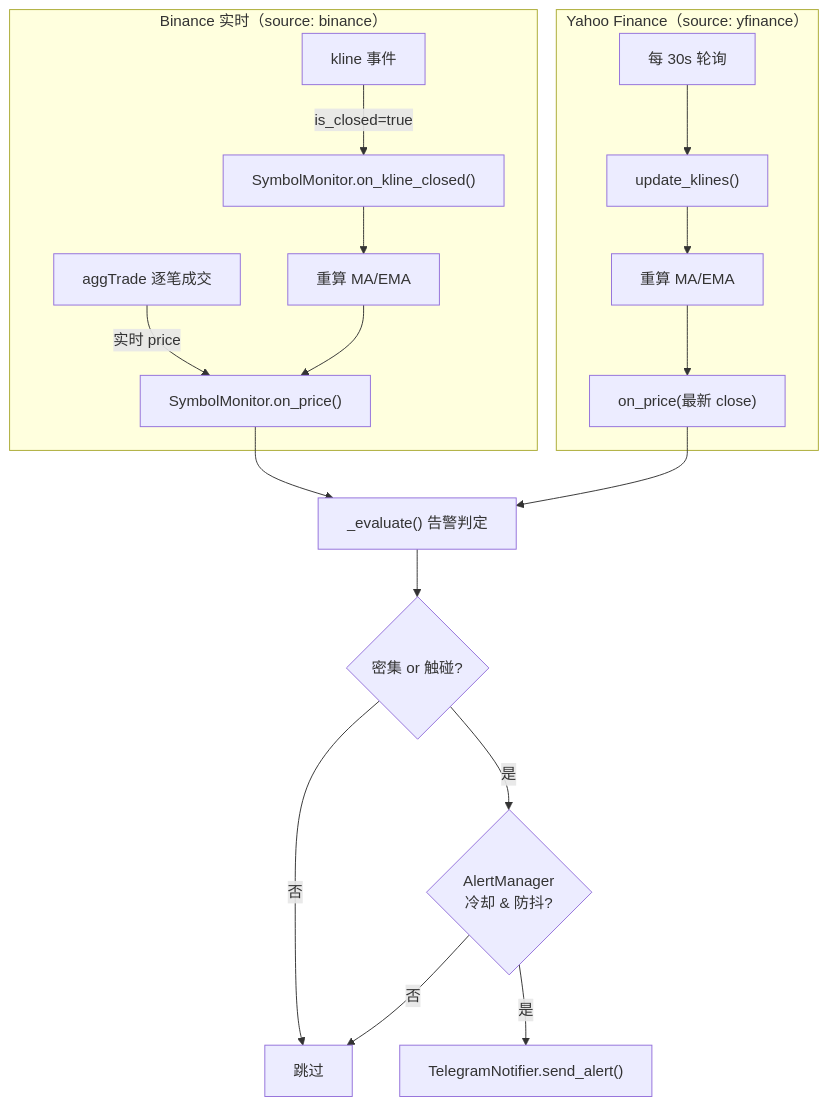
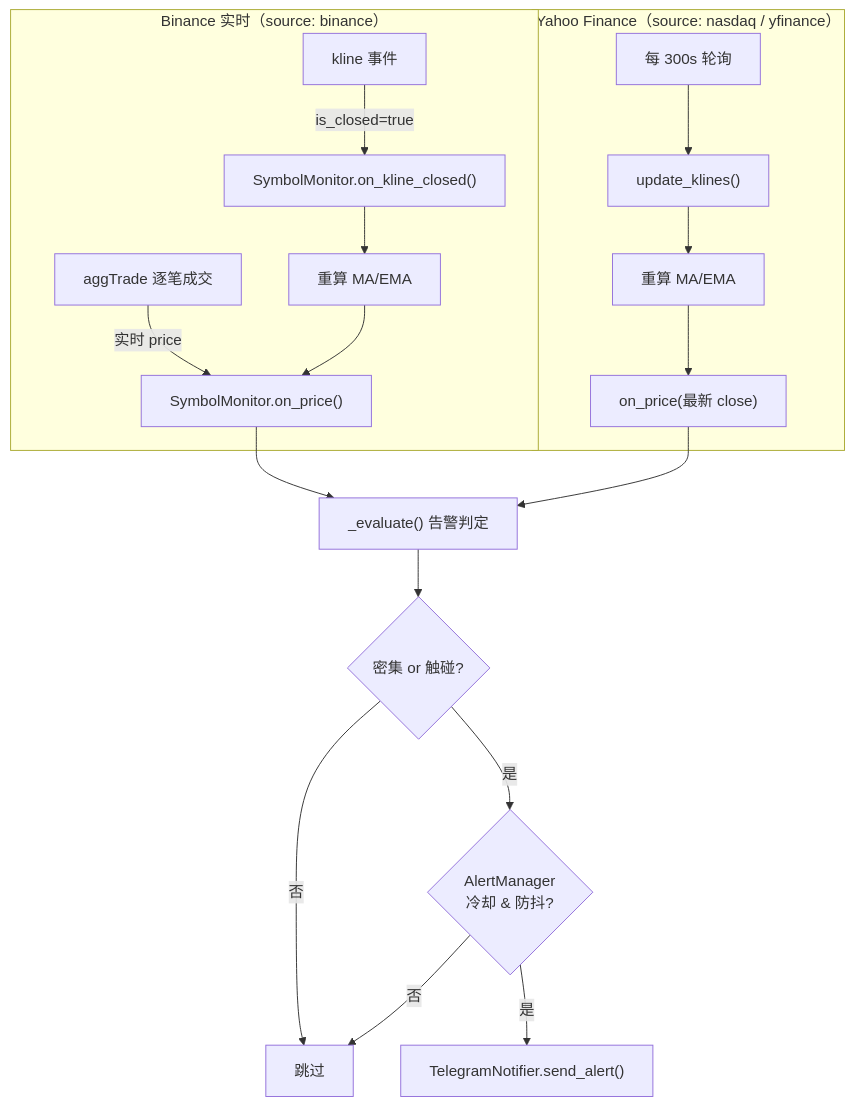
The third of 5 diagrams in readme.md (Formyselfonly/invest-alert-bot), drawn with Mermaid before and after one commit. The commit also changed other lines of this file and 14 other files, not shown here.

````diff
--- a/readme.md
+++ b/readme.md
@@ -174,24 +198,24 @@
 ```mermaid
 flowchart TB
     subgraph Binance["Binance 实时（source: binance）"]
         WS1["aggTrade 逐笔成交"] -->|实时 price| P["SymbolMonitor.on_price()"]
         WS2["kline 事件"] -->|is_closed=true| K["SymbolMonitor.on_kline_closed()"]
         K --> R["重算 MA/EMA"]
         R --> P
     end
 
-    subgraph Yahoo["Yahoo Finance（source: yfinance）"]
-        POLL["每 30s 轮询"] --> U["update_klines()"]
+    subgraph Yahoo["Yahoo Finance（source: nasdaq / yfinance）"]
+        POLL["每 300s 轮询"] --> U["update_klines()"]
         U --> R2["重算 MA/EMA"]
         R2 --> P2["on_price(最新 close)"]
     end
 
     P --> E["_evaluate() 告警判定"]
     P2 --> E
 
     E --> C{"密集 or 触碰?"}
     C -->|否| X["跳过"]
     C -->|是| D{"AlertManager<br/>冷却 & 防抖?"}
     D -->|否| X
     D -->|是| T["TelegramNotifier.send_alert()"]
 ```
````
